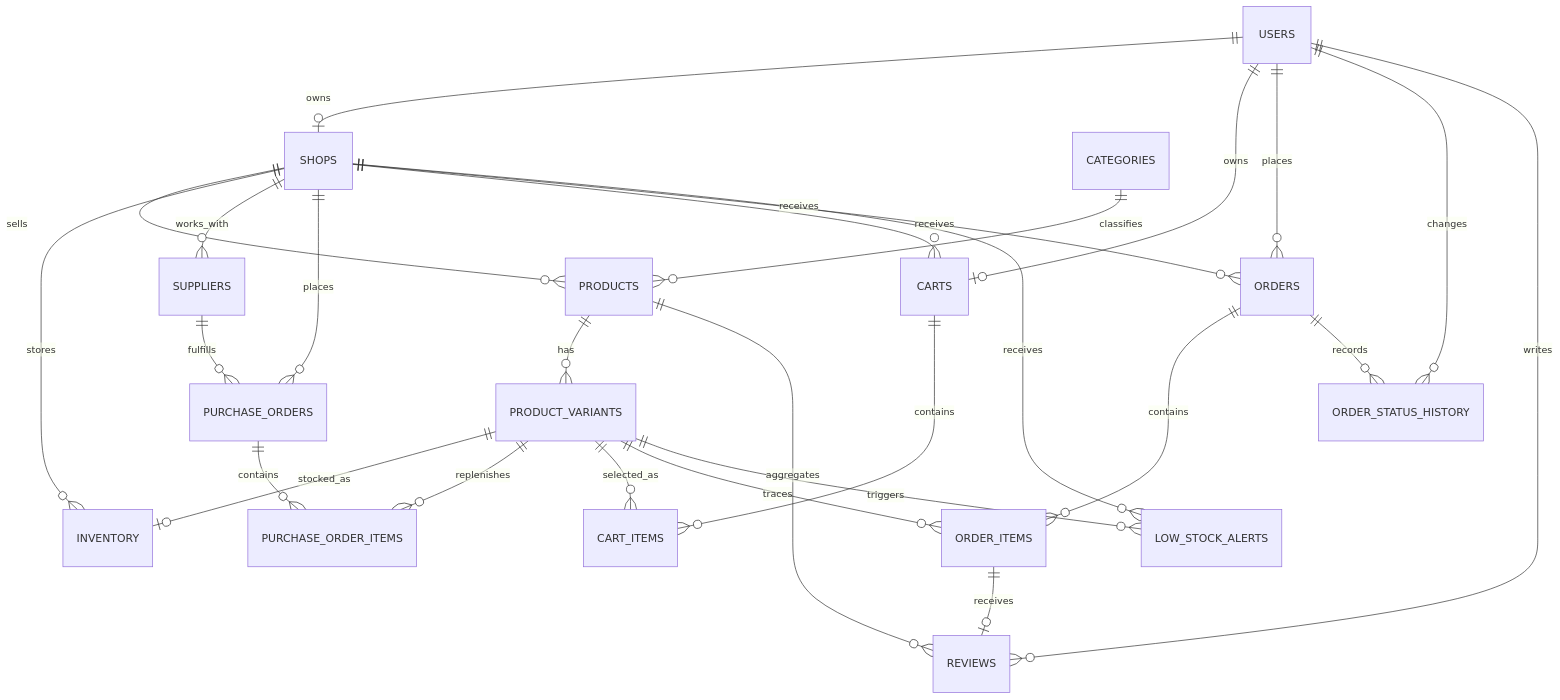
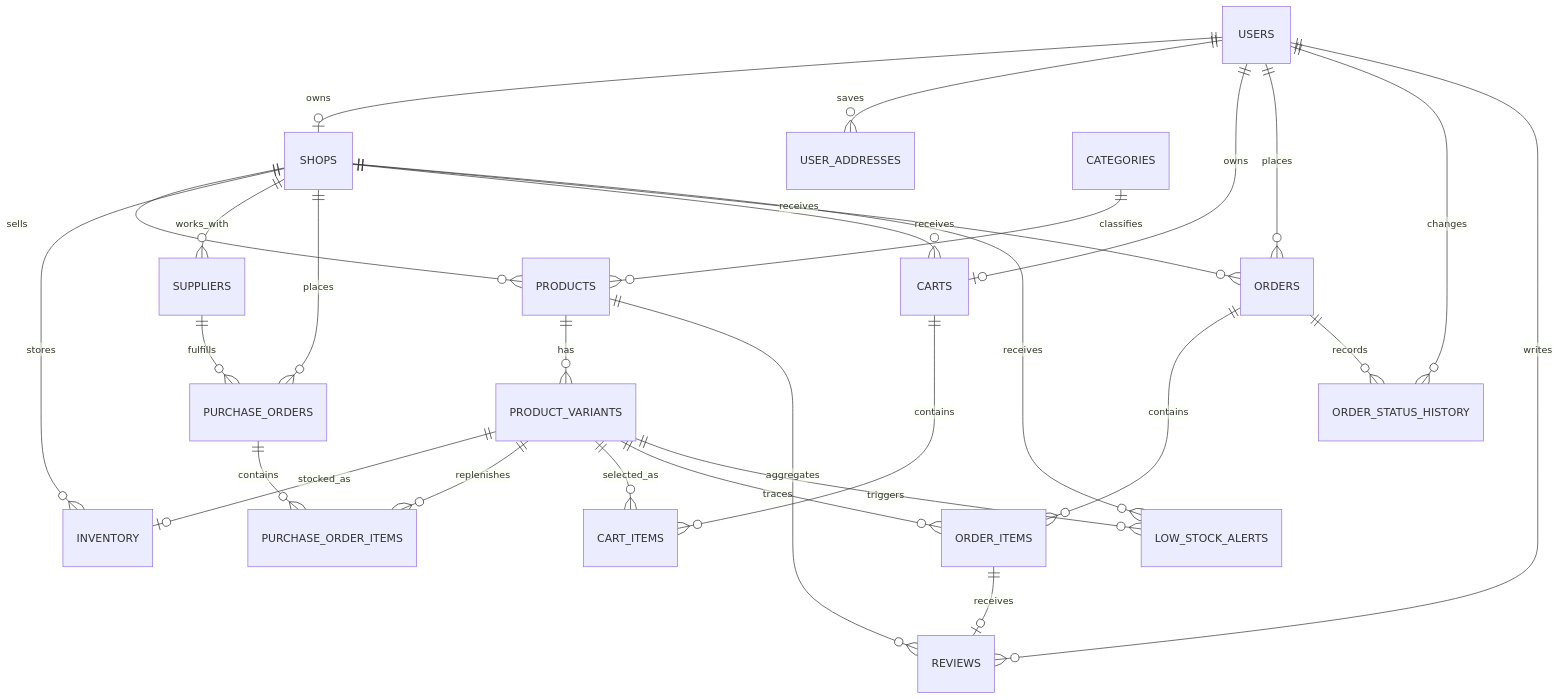
Before and after one commit to mewmewancut/DALN: the diagram in docs/DATABASE.md, drawn with Mermaid. The commit also changed other lines of this file and 31 other files, not shown here.

````diff
--- a/docs/DATABASE.md
+++ b/docs/DATABASE.md
@@ -18,29 +18,30 @@
 ```mermaid
 erDiagram
     USERS ||--o| SHOPS : owns
+    USERS ||--o{ USER_ADDRESSES : saves
     SHOPS ||--o{ PRODUCTS : sells
     CATEGORIES ||--o{ PRODUCTS : classifies
     PRODUCTS ||--o{ PRODUCT_VARIANTS : has
     PRODUCT_VARIANTS ||--o| INVENTORY : stocked_as
     SHOPS ||--o{ INVENTORY : stores
     SHOPS ||--o{ SUPPLIERS : works_with
     SHOPS ||--o{ PURCHASE_ORDERS : places
     SUPPLIERS ||--o{ PURCHASE_ORDERS : fulfills
     PURCHASE_ORDERS ||--o{ PURCHASE_ORDER_ITEMS : contains
     PRODUCT_VARIANTS ||--o{ PURCHASE_ORDER_ITEMS : replenishes
     USERS ||--o| CARTS : owns
     SHOPS ||--o{ CARTS : receives
     CARTS ||--o{ CART_ITEMS : contains
     PRODUCT_VARIANTS ||--o{ CART_ITEMS : selected_as
     USERS ||--o{ ORDERS : places
     SHOPS ||--o{ ORDERS : receives
     ORDERS ||--o{ ORDER_ITEMS : contains
     PRODUCT_VARIANTS ||--o{ ORDER_ITEMS : traces
     ORDERS ||--o{ ORDER_STATUS_HISTORY : records
     USERS ||--o{ ORDER_STATUS_HISTORY : changes
     ORDER_ITEMS ||--o| REVIEWS : receives
     PRODUCTS ||--o{ REVIEWS : aggregates
     USERS ||--o{ REVIEWS : writes
     PRODUCT_VARIANTS ||--o{ LOW_STOCK_ALERTS : triggers
     SHOPS ||--o{ LOW_STOCK_ALERTS : receives
 ```
````
